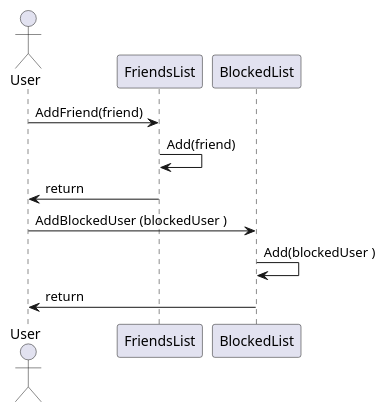
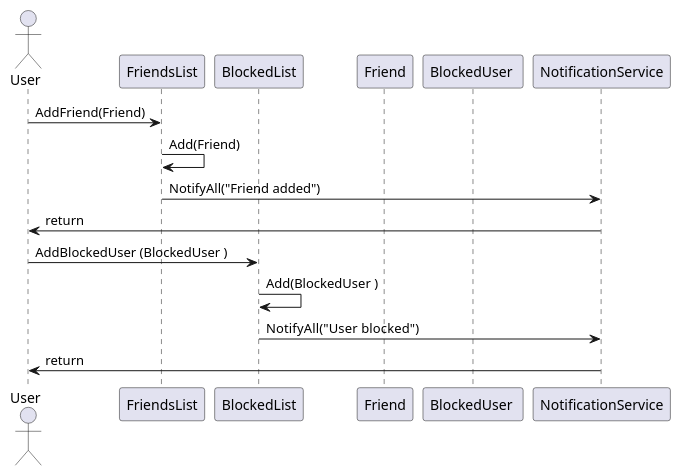
The diagram in Прецеденты/Добавление в друзья или черный список/Диаграмма последовательности.md (penamarth/bsbo-02-22_team2_var5), drawn with PlantUML before and after one commit.

Commit message:
Update Диаграмма последовательности.md

````diff
--- a/Прецеденты/Добавление в друзья или черный список/Диаграмма последовательности.md
+++ b/Прецеденты/Добавление в друзья или черный список/Диаграмма последовательности.md
@@ -1,16 +1,20 @@
 ```plantuml
 @startuml
 actor User
 participant "FriendsList" as Friends
 participant "BlockedList" as Blocked
+participant "Friend" as Friend
+participant "BlockedUser " as BlockedUser 
+participant "NotificationService" as NotificationService
 
-User  -> Friends : AddFriend(friend)
-Friends -> Friends : Add(friend)
-Friends -> User : return
+User   -> Friends : AddFriend(Friend)
+Friends -> Friends : Add(Friend)
+Friends -> NotificationService : NotifyAll("Friend added")
+NotificationService -> User : return
 
-User  -> Blocked : AddBlockedUser (blockedUser )
-Blocked -> Blocked : Add(blockedUser )
-Blocked -> User : return
-@enduml
+User   -> Blocked : AddBlockedUser (BlockedUser )
+Blocked -> Blocked : Add(BlockedUser )
+Blocked -> NotificationService : NotifyAll("User  blocked")
+NotificationService -> User : return
 
 ```
````
